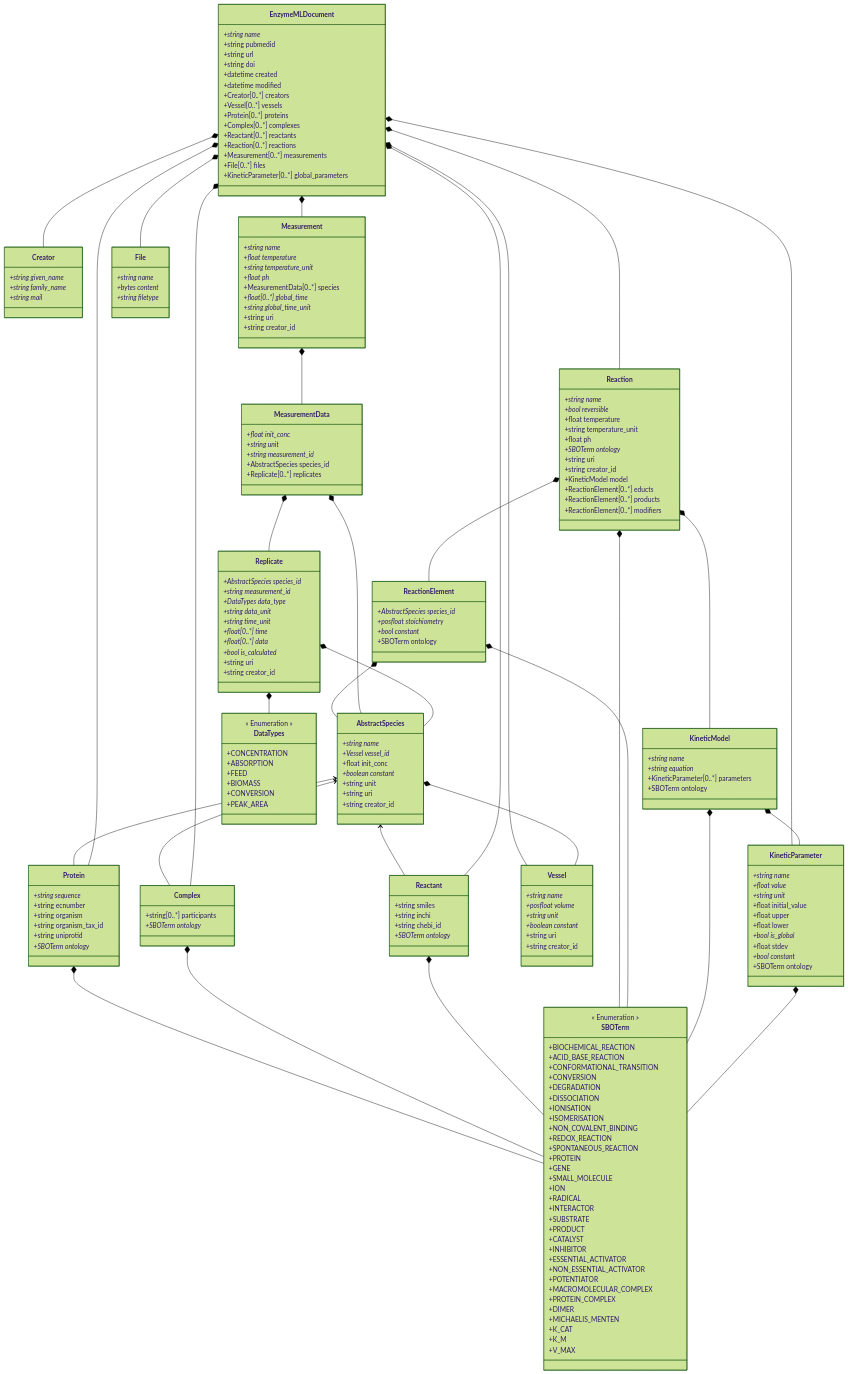
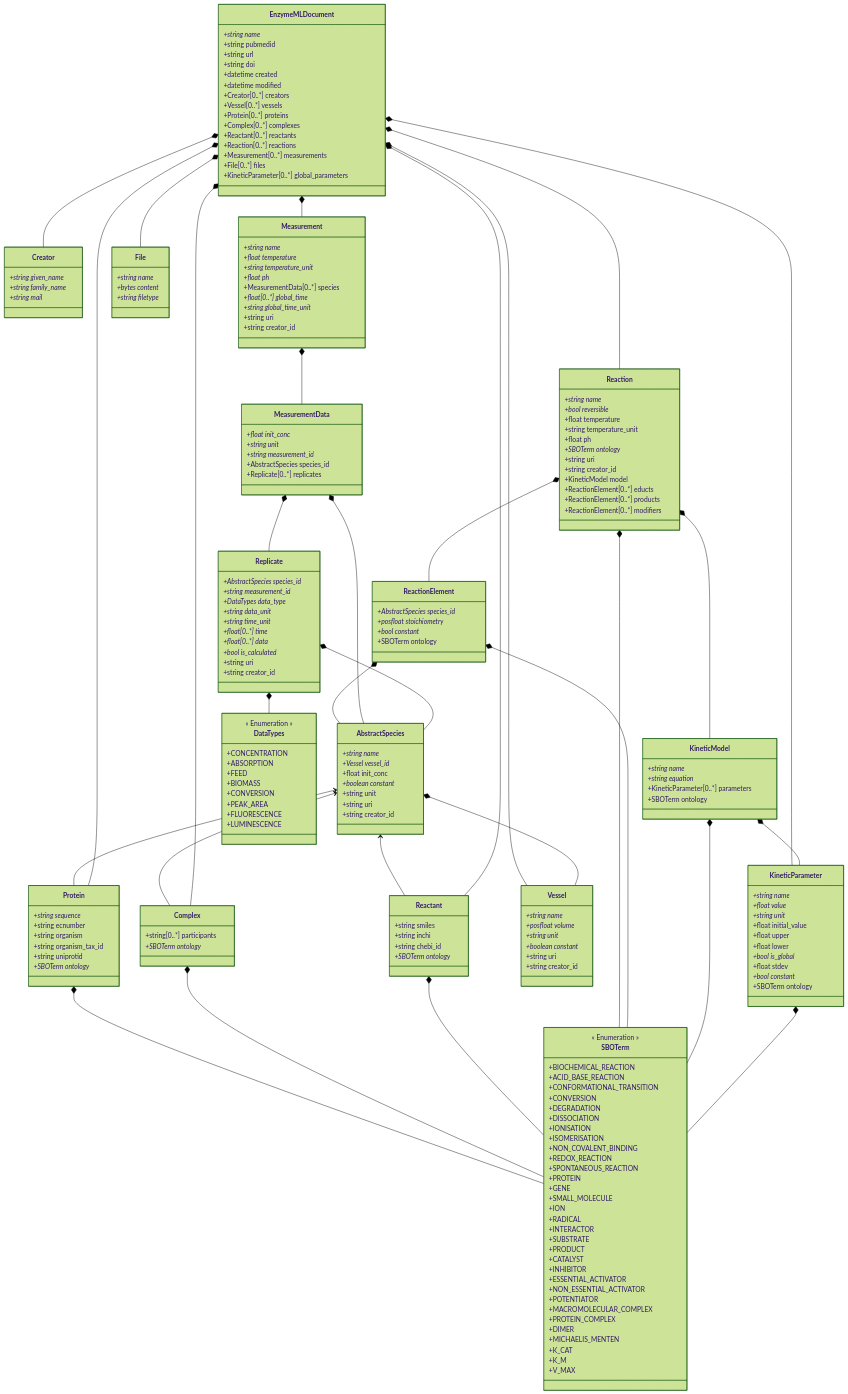
The diagram in PyEnzyme/schemes/pyenzyme_schema.md (EnzymeML/enzymeml-specifications), drawn with Mermaid (forest theme) before and after one commit. The commit also changed 23 other files, not shown here.

````diff
--- a/PyEnzyme/schemes/pyenzyme_schema.md
+++ b/PyEnzyme/schemes/pyenzyme_schema.md
@@ -218,6 +218,8 @@
         +BIOMASS
         +CONVERSION
         +PEAK_AREA
+        +FLUORESCENCE
+        +LUMINESCENCE
     }
     
 ```
````
